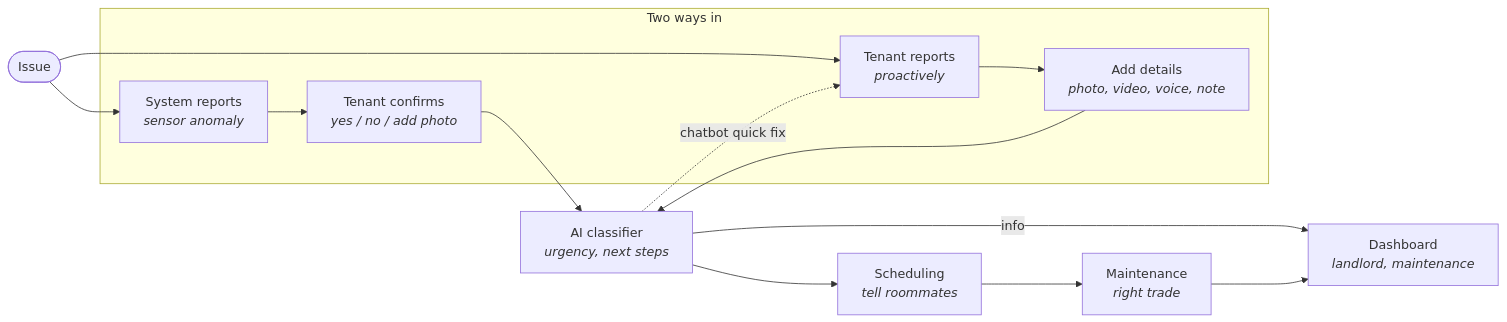
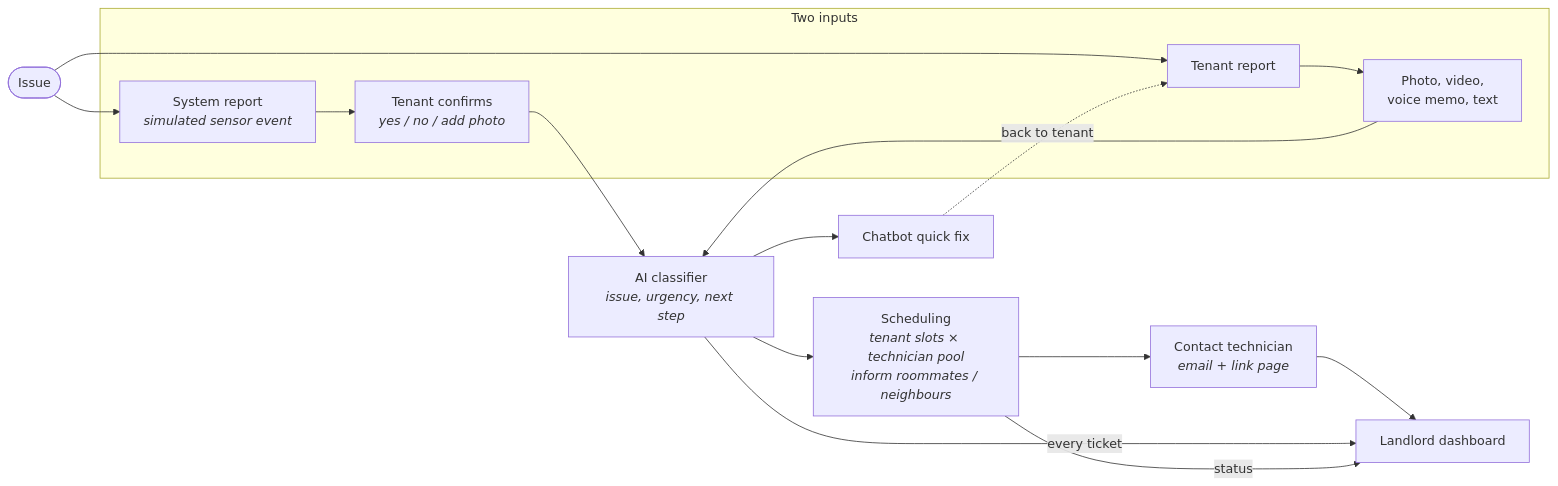
Before and after one commit to lepn202/DT-GroupProject: the first of 4 diagrams in architecture.md, drawn with Mermaid. The commit also changed other lines of this file and 1 other file, not shown here.

First line of the commit message:
Align architecture.md with product.md MVP scope

````diff
--- a/architecture.md
+++ b/architecture.md
@@ -25,22 +27,24 @@
 ```mermaid
 flowchart LR
     Issue([Issue])
 
-    subgraph Detect["Two ways in"]
-        SR["System reports<br/><i>sensor anomaly</i>"]
+    subgraph In["Two inputs"]
+        SR["System report<br/><i>simulated sensor event</i>"]
         TC["Tenant confirms<br/><i>yes / no / add photo</i>"]
-        TR["Tenant reports<br/><i>proactively</i>"]
-        AD["Add details<br/><i>photo, video, voice, note</i>"]
+        TR["Tenant report"]
+        AD["Photo, video,<br/>voice memo, text"]
     end
 
-    AI["AI classifier<br/><i>urgency, next steps</i>"]
-    SCH["Scheduling<br/><i>tell roommates</i>"]
-    MNT["Maintenance<br/><i>right trade</i>"]
-    DB["Dashboard<br/><i>landlord, maintenance</i>"]
+    AI["AI classifier<br/><i>issue, urgency, next step</i>"]
+    QF["Chatbot quick fix"]
+    SCH["Scheduling<br/><i>tenant slots × technician pool</i><br/><i>inform roommates / neighbours</i>"]
+    MNT["Contact technician<br/><i>email + link page</i>"]
+    DB["Landlord dashboard"]
 
     Issue --> SR --> TC --> AI
     Issue --> TR --> AD --> AI
-    AI -- "info" --> DB
+    AI --> QF -. "back to tenant" .-> TR
     AI --> SCH --> MNT --> DB
-    AI -. "chatbot quick fix" .-> TR
+    AI -- "every ticket" --> DB
+    SCH -- "status" --> DB
 ```
````
